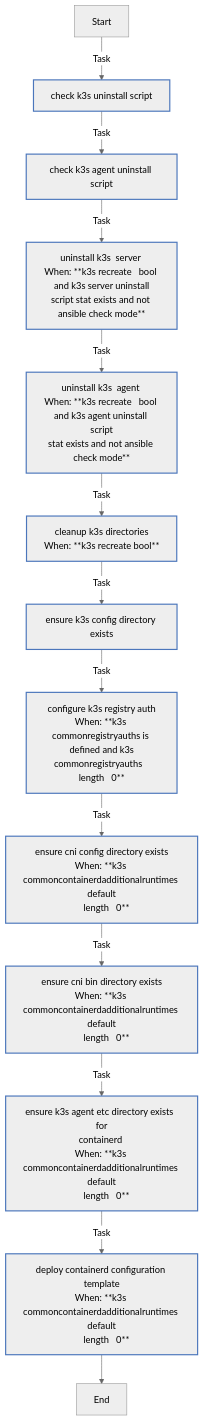
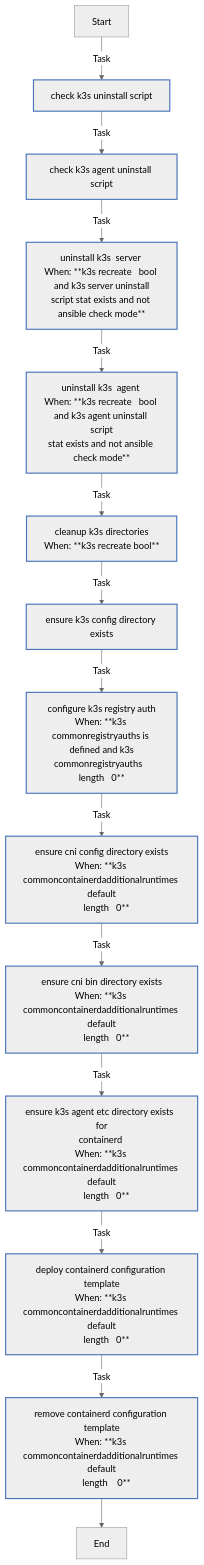
One commit to rou-cru/k3s-homelab changed the diagram in roles/k3s_common/README.md. Above: the diagram before and after it, drawn with Mermaid (neutral theme). The commit also changed other lines of this file and 23 other files, not shown here.

````diff
--- a/roles/k3s_common/README.md
+++ b/roles/k3s_common/README.md
@@ -125,25 +126,26 @@
 ```mermaid
 flowchart TD
 Start
 classDef block stroke:#3498db,stroke-width:2px;
 classDef task stroke:#4b76bb,stroke-width:2px;
 classDef includeTasks stroke:#16a085,stroke-width:2px;
 classDef importTasks stroke:#34495e,stroke-width:2px;
 classDef includeRole stroke:#2980b9,stroke-width:2px;
 classDef importRole stroke:#699ba7,stroke-width:2px;
 classDef includeVars stroke:#8e44ad,stroke-width:2px;
 classDef rescue stroke:#665352,stroke-width:2px;
 
   Start-->|Task| Check_K3s_uninstall_script0[check k3s uninstall script]:::task
   Check_K3s_uninstall_script0-->|Task| Check_K3s_agent_uninstall_script1[check k3s agent uninstall script]:::task
   Check_K3s_agent_uninstall_script1-->|Task| Uninstall_K3s__Server_2[uninstall k3s  server <br>When: **k3s recreate   bool and k3s server uninstall<br>script stat exists and not ansible check mode**]:::task
   Uninstall_K3s__Server_2-->|Task| Uninstall_K3s__Agent_3[uninstall k3s  agent <br>When: **k3s recreate   bool and k3s agent uninstall script<br>stat exists and not ansible check mode**]:::task
   Uninstall_K3s__Agent_3-->|Task| Cleanup_K3s_directories4[cleanup k3s directories<br>When: **k3s recreate   bool**]:::task
   Cleanup_K3s_directories4-->|Task| Ensure_K3s_config_directory_exists5[ensure k3s config directory exists]:::task
   Ensure_K3s_config_directory_exists5-->|Task| Configure_K3s_registry_auth6[configure k3s registry auth<br>When: **k3s commonregistryauths is defined and k3s<br>commonregistryauths   length   0**]:::task
   Configure_K3s_registry_auth6-->|Task| Ensure_CNI_config_directory_exists7[ensure cni config directory exists<br>When: **k3s commoncontainerdadditionalruntimes   default  <br>    length   0**]:::task
   Ensure_CNI_config_directory_exists7-->|Task| Ensure_CNI_bin_directory_exists8[ensure cni bin directory exists<br>When: **k3s commoncontainerdadditionalruntimes   default  <br>    length   0**]:::task
   Ensure_CNI_bin_directory_exists8-->|Task| Ensure_K3s_agent_etc_directory_exists__for_containerd_9[ensure k3s agent etc directory exists  for<br>containerd <br>When: **k3s commoncontainerdadditionalruntimes   default  <br>    length   0**]:::task
   Ensure_K3s_agent_etc_directory_exists__for_containerd_9-->|Task| Deploy_containerd_configuration_template10[deploy containerd configuration template<br>When: **k3s commoncontainerdadditionalruntimes   default  <br>    length   0**]:::task
-  Deploy_containerd_configuration_template10-->End
+  Deploy_containerd_configuration_template10-->|Task| Remove_containerd_configuration_template11[remove containerd configuration template<br>When: **k3s commoncontainerdadditionalruntimes   default  <br>    length    0**]:::task
+  Remove_containerd_configuration_template11-->End
 ```
````
